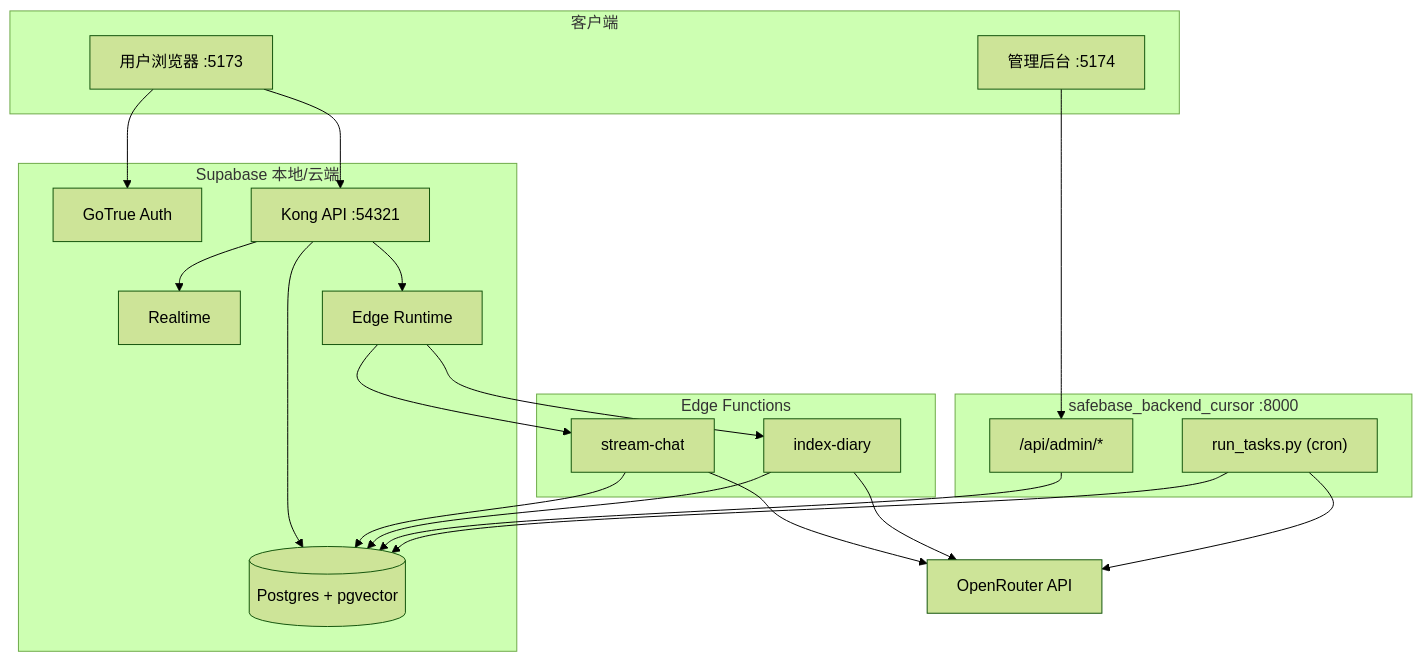
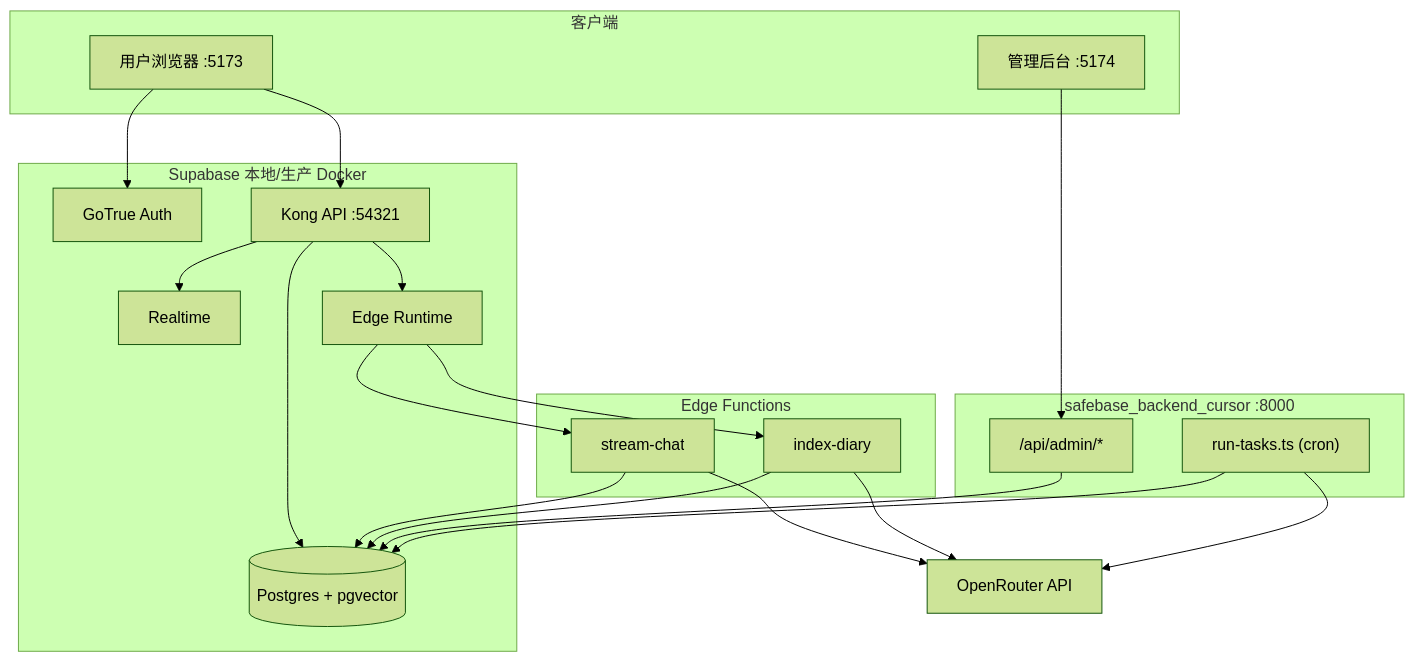
The first of 2 diagrams in docs/DEVELOPER_GUIDE.md (liusenliusenliusen-ctrl/safebase_front_cursor), drawn with Mermaid (forest theme) before and after one commit. The commit also changed other lines of this file and 9 other files, not shown here.

````diff
--- a/docs/DEVELOPER_GUIDE.md
+++ b/docs/DEVELOPER_GUIDE.md
@@ -19,44 +19,44 @@
 ```mermaid
 flowchart TB
   subgraph clients [客户端]
     User[用户浏览器 :5173]
     Admin[管理后台 :5174]
   end
 
-  subgraph supabase [Supabase 本地/云端]
+  subgraph supabase [Supabase 本地/生产 Docker]
     Auth[GoTrue Auth]
     Kong[Kong API :54321]
     PG[(Postgres + pgvector)]
     Realtime[Realtime]
     EdgeRT[Edge Runtime]
   end
 
   subgraph edge [Edge Functions]
     StreamChat[stream-chat]
     IndexDiary[index-diary]
   end
 
   subgraph backend [safebase_backend_cursor :8000]
     AdminAPI["/api/admin/*"]
-    CronTasks["run_tasks.py (cron)"]
+    CronTasks["run-tasks.ts (cron)"]
   end
 
   OpenRouter[OpenRouter API]
 
   User --> Auth
   User --> Kong
   Kong --> PG
   Kong --> Realtime
   Kong --> EdgeRT
   EdgeRT --> StreamChat
   EdgeRT --> IndexDiary
   StreamChat --> PG
   StreamChat --> OpenRouter
   IndexDiary --> PG
   IndexDiary --> OpenRouter
 
   Admin --> AdminAPI
   AdminAPI --> PG
   CronTasks --> PG
   CronTasks --> OpenRouter
 ```
````
